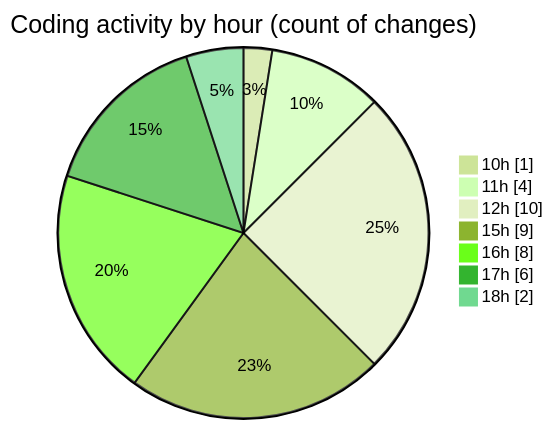
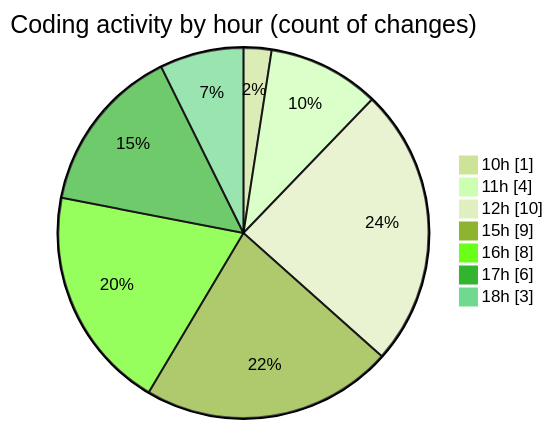
One commit to debugP/code-tracking changed the second of 2 diagrams in 2025-10-08/untitled__workspace_/README.md. Above: the diagram before and after it, drawn with Mermaid (forest theme). The commit also changed other lines of this file and 1 other file, not shown here.

````diff
--- a/2025-10-08/untitled__workspace_/README.md
+++ b/2025-10-08/untitled__workspace_/README.md
@@ -32,11 +32,11 @@
 ```mermaid
 pie showData
 title Coding activity by hour (count of changes)
 "10h" : 1
 "11h" : 4
 "12h" : 10
 "15h" : 9
 "16h" : 8
 "17h" : 6
-"18h" : 2
+"18h" : 3
 ```
````
